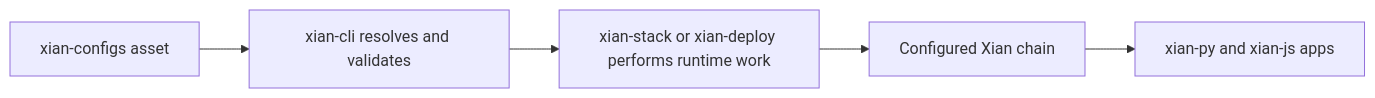
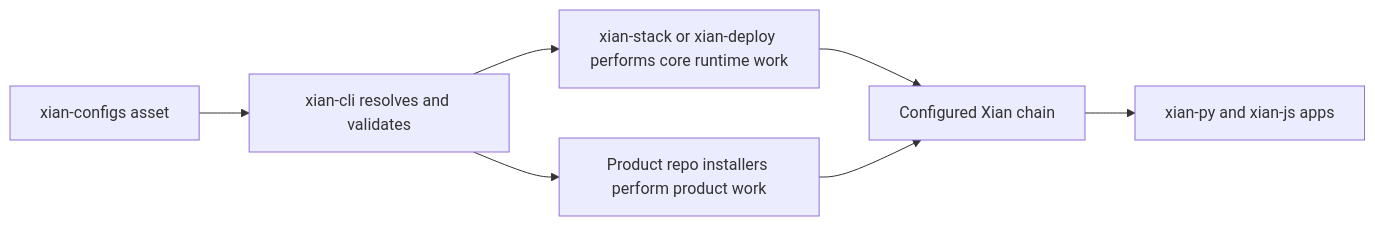
One commit to xian-technology/xian-configs changed the diagram in README.md. Above: the diagram before and after it, drawn with Mermaid. The commit also changed other lines of this file and 9 other files, not shown here.

Commit message:
Normalize product contract pack installers

````diff
--- a/README.md
+++ b/README.md
@@ -56,7 +56,9 @@
 ```mermaid
 flowchart LR
   Asset["xian-configs asset"] --> CLI["xian-cli resolves and validates"]
-  CLI --> Runtime["xian-stack or xian-deploy performs runtime work"]
+  CLI --> Runtime["xian-stack or xian-deploy performs core runtime work"]
+  CLI --> ProductRepo["Product repo installers perform product work"]
   Runtime --> Chain["Configured Xian chain"]
+  ProductRepo --> Chain
   Chain --> Apps["xian-py and xian-js apps"]
 ```
````
